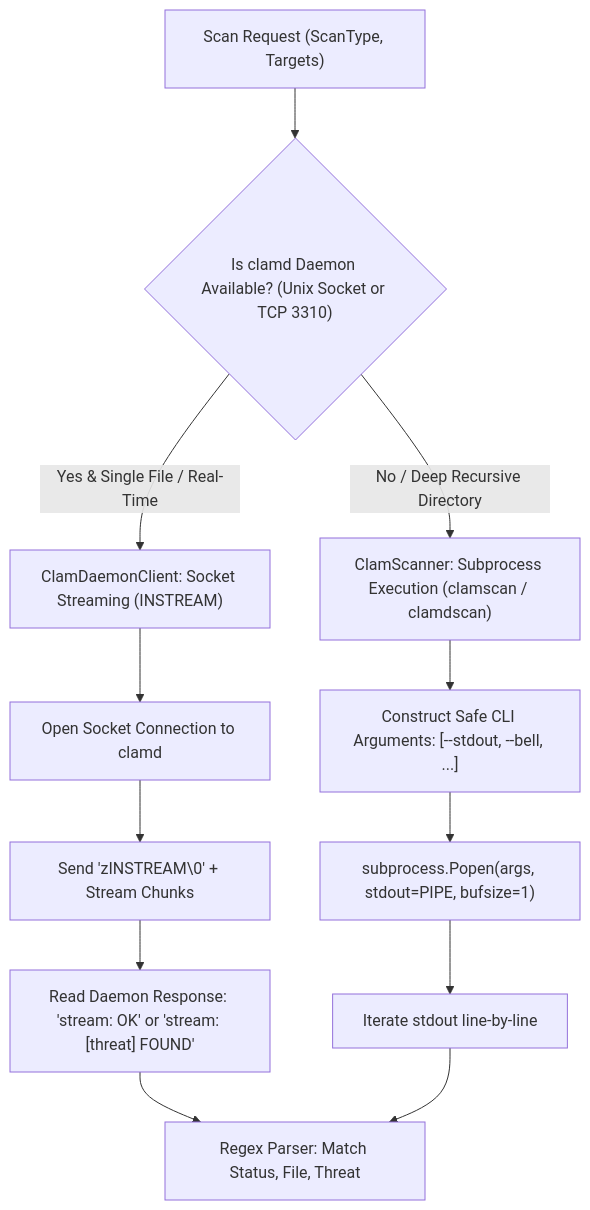
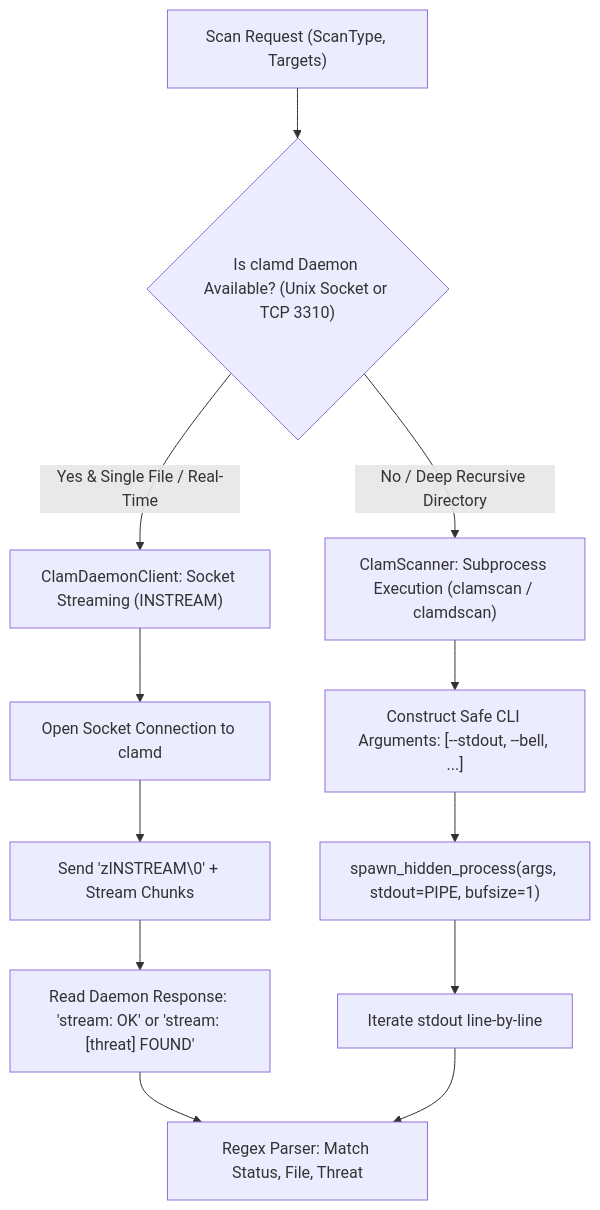
One commit to EG1DOTIN/av.eg1.in changed the second of 4 diagrams in pyEGClamUI-Docs/docs/SCANNER_ENGINE.md. Above: the diagram before and after it, drawn with Mermaid. The commit also changed other lines of this file and 24 other files, not shown here.

````diff
--- a/pyEGClamUI-Docs/docs/SCANNER_ENGINE.md
+++ b/pyEGClamUI-Docs/docs/SCANNER_ENGINE.md
@@ -54,17 +55,17 @@
 ```mermaid
 flowchart TD
     ScanRequest["Scan Request (ScanType, Targets)"] --> EngineCheck{"Is clamd Daemon Available? (Unix Socket or TCP 3310)"}
     
     EngineCheck -- "Yes & Single File / Real-Time" --> DaemonRoute["ClamDaemonClient: Socket Streaming (INSTREAM)"]
     EngineCheck -- "No / Deep Recursive Directory" --> SubprocessRoute["ClamScanner: Subprocess Execution (clamscan / clamdscan)"]
     
     DaemonRoute --> SocketOpen["Open Socket Connection to clamd"]
     SocketOpen --> SendStream["Send 'zINSTREAM\0' + Stream Chunks"]
     SendStream --> ReadResponse["Read Daemon Response: 'stream: OK' or 'stream: [threat] FOUND'"]
     
     SubprocessRoute --> BuildArgs["Construct Safe CLI Arguments: [--stdout, --bell, ...]"]
-    BuildArgs --> Spawn["subprocess.Popen(args, stdout=PIPE, bufsize=1)"]
+    BuildArgs --> Spawn["spawn_hidden_process(args, stdout=PIPE, bufsize=1)"]
     Spawn --> StreamRead["Iterate stdout line-by-line"]
     
     ReadResponse & StreamRead --> RegexParser["Regex Parser: Match Status, File, Threat"]
 ```
````
